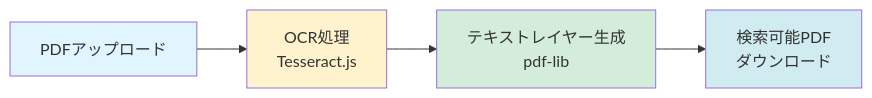
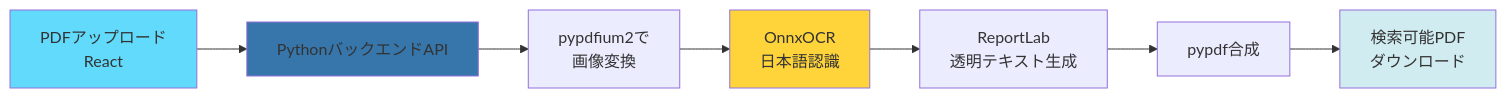
Before and after one commit to J1921604/OCR-PDF-Converter: the first of 3 diagrams in README.md, drawn with Mermaid. The commit also changed other lines of this file and 21 other files, not shown here.

````diff
--- a/README.md
+++ b/README.md
@@ -20,11 +19,14 @@
 ```mermaid
 flowchart LR
-    A[PDFアップロード] --> B[OCR処理<br/>Tesseract.js]
-    B --> C[テキストレイヤー生成<br/>pdf-lib]
-    C --> D[検索可能PDF<br/>ダウンロード]
+    A[PDFアップロード<br/>React] --> B[PythonバックエンドAPI]
+    B --> C[pypdfium2で<br/>画像変換]
+    C --> D[OnnxOCR<br/>日本語認識]
+    D --> E[ReportLab<br/>透明テキスト生成]
+    E --> F[pypdf合成]
+    F --> G[検索可能PDF<br/>ダウンロード]
     
-    style A fill:#e1f5ff
-    style B fill:#fff3cd
-    style C fill:#d4edda
-    style D fill:#d1ecf1
+    style A fill:#61dafb
+    style B fill:#3776ab
+    style D fill:#ffd43b
+    style G fill:#d1ecf1
 ```
````
